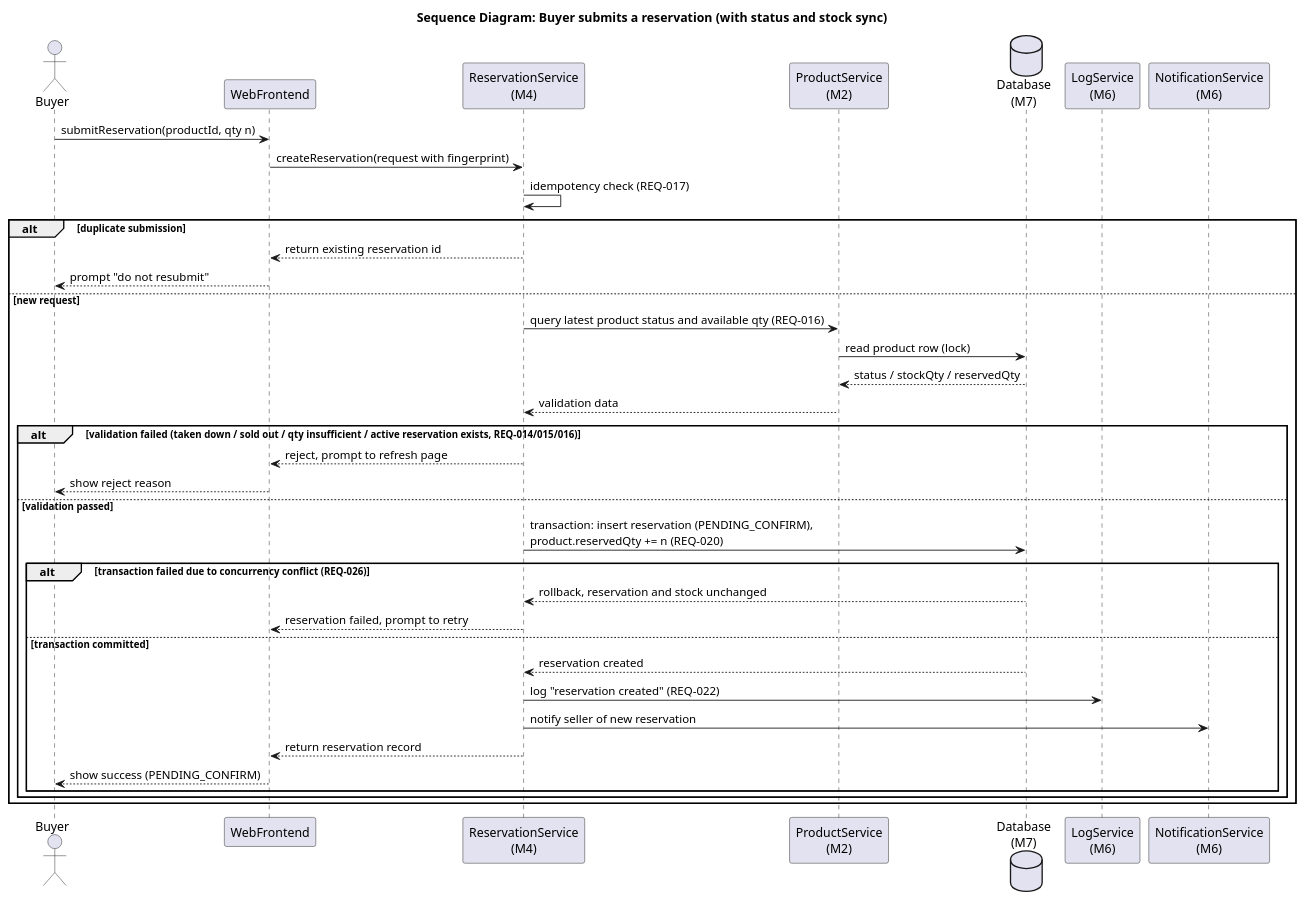
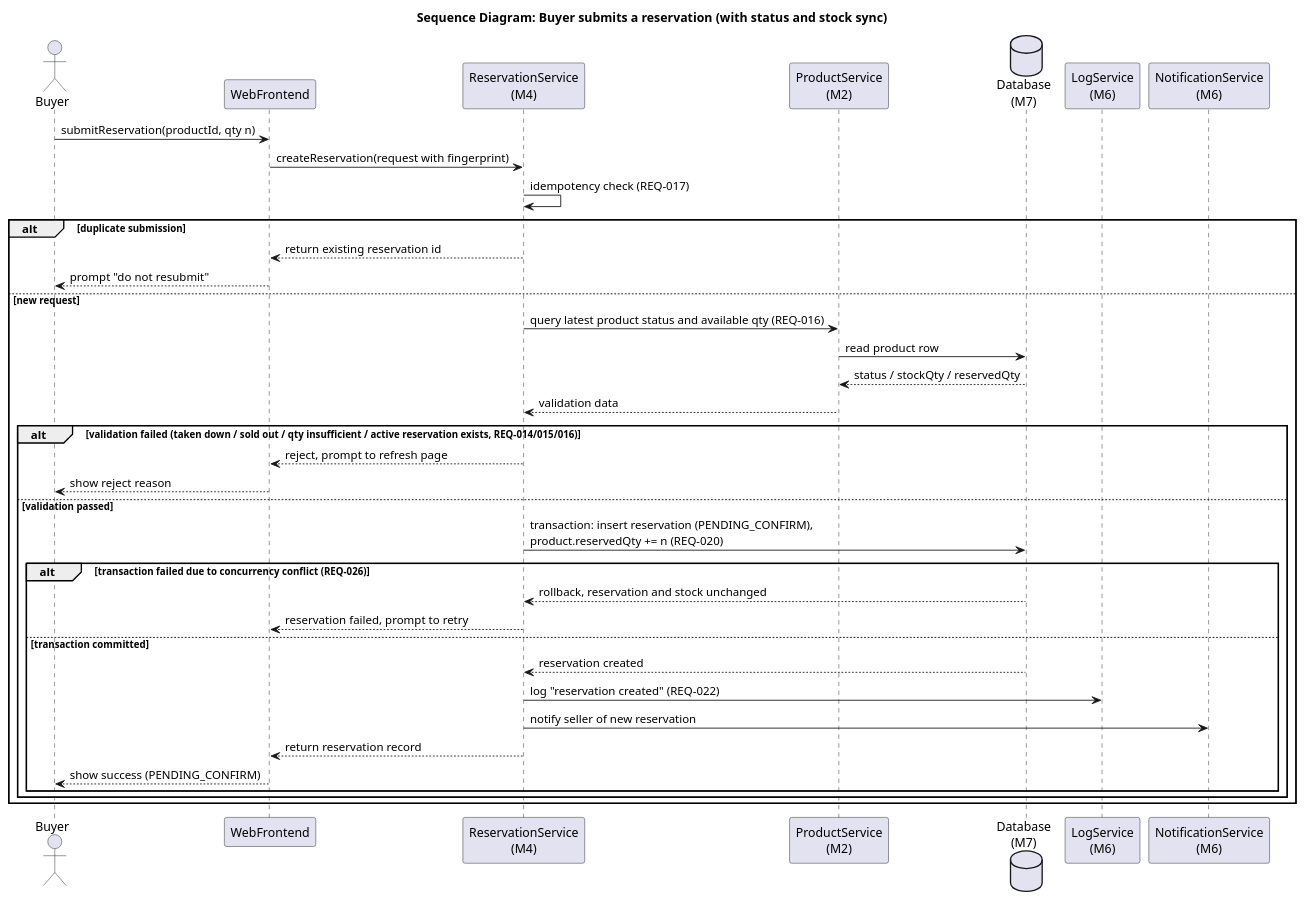
One commit to lmh1145791799/lab1 changed the diagram in uml/sequence-diagram.puml. Above: the diagram before and after it, drawn with PlantUML. The commit also changed 2 other files, not shown here.

```diff
--- a/uml/sequence-diagram.puml
+++ b/uml/sequence-diagram.puml
@@ -1,40 +1,40 @@
 @startuml sequence-diagram
 title Sequence Diagram: Buyer submits a reservation (with status and stock sync)
 
 actor Buyer as B
 participant "WebFrontend" as UI
 participant "ReservationService\n(M4)" as RS
 participant "ProductService\n(M2)" as PS
 database "Database\n(M7)" as DB
 participant "LogService\n(M6)" as LOG
 participant "NotificationService\n(M6)" as NS
 
 B -> UI : submitReservation(productId, qty n)
 UI -> RS : createReservation(request with fingerprint)
 RS -> RS : idempotency check (REQ-017)
 alt duplicate submission
   RS --> UI : return existing reservation id
   UI --> B : prompt "do not resubmit"
 else new request
   RS -> PS : query latest product status and available qty (REQ-016)
-  PS -> DB : read product row (lock)
+  PS -> DB : read product row 
   DB --> PS : status / stockQty / reservedQty
   PS --> RS : validation data
   alt validation failed (taken down / sold out / qty insufficient / active reservation exists, REQ-014/015/016)
     RS --> UI : reject, prompt to refresh page
     UI --> B : show reject reason
   else validation passed
     RS -> DB : transaction: insert reservation (PENDING_CONFIRM),\nproduct.reservedQty += n (REQ-020)
     alt transaction failed due to concurrency conflict (REQ-026)
       DB --> RS : rollback, reservation and stock unchanged
       RS --> UI : reservation failed, prompt to retry
     else transaction committed
       DB --> RS : reservation created
       RS -> LOG : log "reservation created" (REQ-022)
       RS -> NS : notify seller of new reservation
       RS --> UI : return reservation record
       UI --> B : show success (PENDING_CONFIRM)
     end
   end
 end
 @enduml
```
